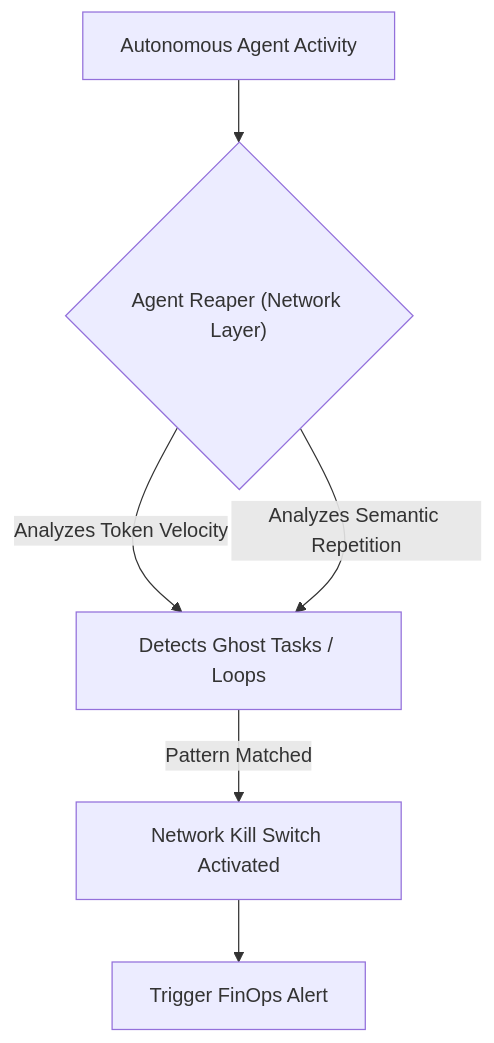
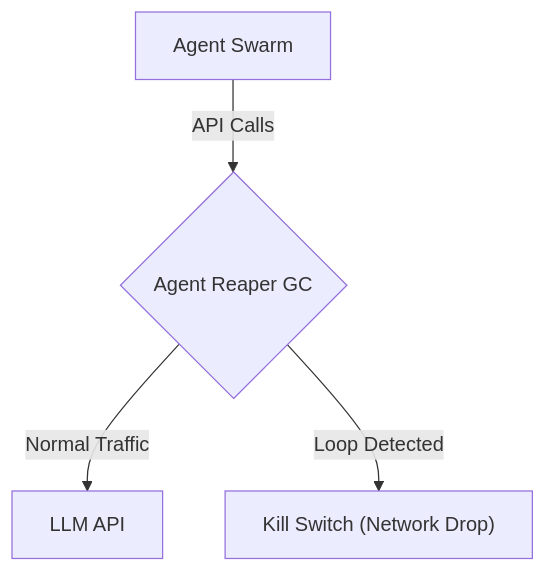
One commit to flouzzy/top-100-ai-startup-ideas changed the first of 2 diagrams in ideas/agent-reaper/README.md. Above: the diagram before and after it, drawn with Mermaid. The commit also changed other lines of this file and 41 other files, not shown here.

````diff
--- a/ideas/agent-reaper/README.md
+++ b/ideas/agent-reaper/README.md
@@ -17,8 +17,7 @@
 ```mermaid
 graph TD
-    A["Autonomous Agent Activity"] --> B{"Agent Reaper (Network Layer)"}
-    B -->|Analyzes Token Velocity| C["Detects Ghost Tasks / Loops"]
-    B -->|Analyzes Semantic Repetition| C
-    C -->|Pattern Matched| D["Network Kill Switch Activated"]
-    D --> E["Trigger FinOps Alert"]
+    %% Architecture
+    A["Agent Swarm"] -->|API Calls| B{"Agent Reaper GC"}
+    B -->|Normal Traffic| C["LLM API"]
+    B -->|Loop Detected| D["Kill Switch (Network Drop)"]
 ```
````
